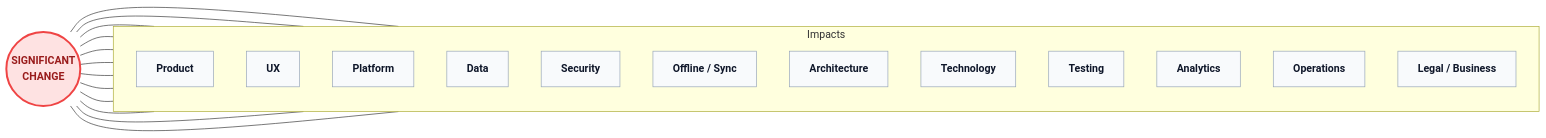
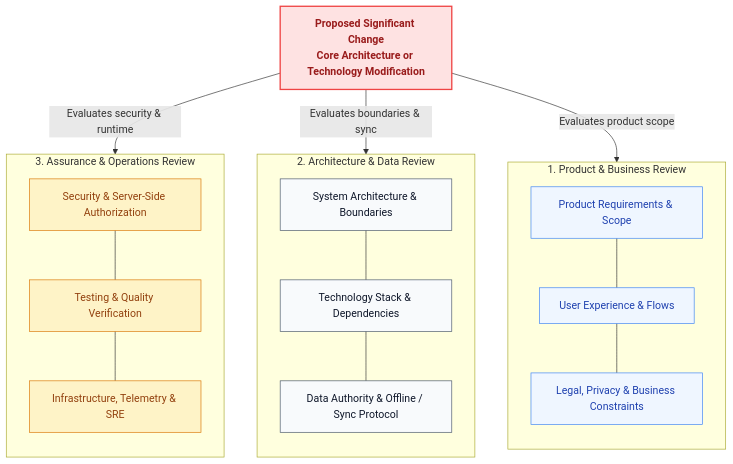
Before and after one commit to davidalbertstark-lab/Lenar: the fourth of 4 diagrams in docs/decisions/17-Decisions-Risks-Evolution.md, drawn with Mermaid. The commit also changed other lines of this file and 28 other files, not shown here.

Commit message:
docs: system-wide diagram redesign for first-instance comprehension

````diff
--- a/docs/decisions/17-Decisions-Risks-Evolution.md
+++ b/docs/decisions/17-Decisions-Risks-Evolution.md
@@ -216,39 +239,37 @@
 ```mermaid
-flowchart LR
-    classDef center fill:#fee2e2,stroke:#ef4444,stroke-width:3px,color:#991b1b,font-weight:bold
-    classDef node fill:#f8fafc,stroke:#94a3b8,stroke-width:1px,color:#0f172a,font-weight:bold
+flowchart TD
+    classDef change fill:#fee2e2,stroke:#ef4444,stroke-width:2px,color:#991b1b,font-weight:bold
+    classDef product fill:#eff6ff,stroke:#3b82f6,stroke-width:1px,color:#1e40af
+    classDef tech fill:#f8fafc,stroke:#475569,stroke-width:1px,color:#0f172a
+    classDef ops fill:#fef3c7,stroke:#d97706,stroke-width:1px,color:#92400e
 
-    SC((SIGNIFICANT<br/>CHANGE))
+    SC["Proposed Significant Change<br/><b>Core Architecture or Technology Modification</b>"]:::change
 
-    subgraph Impacts
+    subgraph ProductReview ["1. Product & Business Review"]
         direction TB
-        P[Product]
-        U[UX]
-        Pl[Platform]
-        D[Data]
-        S[Security]
-        OS[Offline / Sync]
-        A[Architecture]
-        T[Technology]
-        Te[Testing]
-        An[Analytics]
-        O[Operations]
-        LB[Legal / Business]
+        P["Product Requirements & Scope"]:::product
+        UX["User Experience & Flows"]:::product
+        LB["Legal, Privacy & Business Constraints"]:::product
+        P --- UX --- LB
     end
 
-    SC --- P
-    SC --- U
-    SC --- Pl
-    SC --- D
-    SC --- S
-    SC --- OS
-    SC --- A
-    SC --- T
-    SC --- Te
-    SC --- An
-    SC --- O
-    SC --- LB
+    subgraph TechReview ["2. Architecture & Data Review"]
+        direction TB
+        Arch["System Architecture & Boundaries"]:::tech
+        Tech["Technology Stack & Dependencies"]:::tech
+        Sync["Data Authority & Offline / Sync Protocol"]:::tech
+        Arch --- Tech --- Sync
+    end
 
-    class SC center;
-    class P,U,Pl,D,S,OS,A,T,Te,An,O,LB node;
+    subgraph OpsReview ["3. Assurance & Operations Review"]
+        direction TB
+        Sec["Security & Server-Side Authorization"]:::ops
+        Test["Testing & Quality Verification"]:::ops
+        Ops["Infrastructure, Telemetry & SRE"]:::ops
+        Sec --- Test --- Ops
+    end
+
+    SC -->|"Evaluates product scope"| P
+    SC -->|"Evaluates boundaries & sync"| Arch
+    SC -->|"Evaluates security & runtime"| Sec
 ```
````
